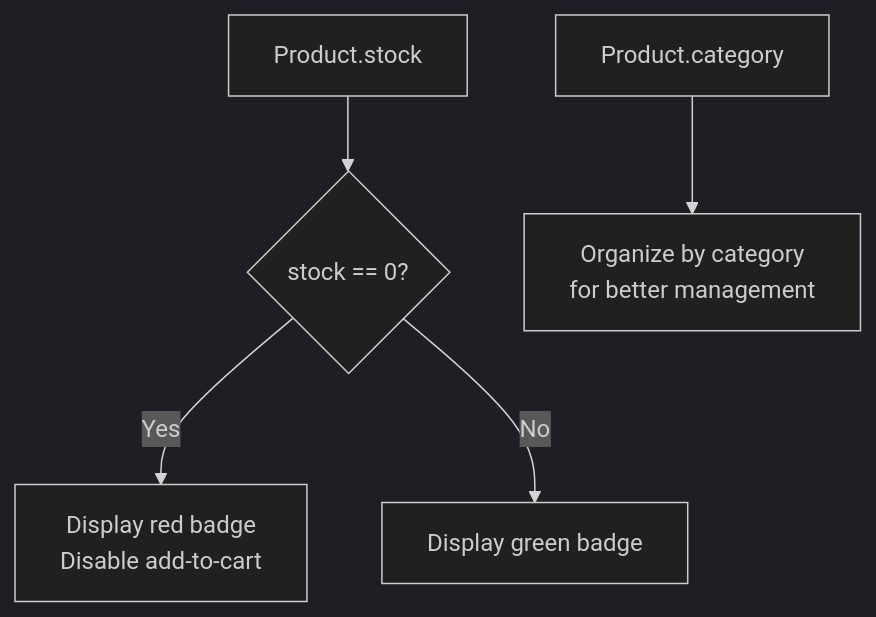
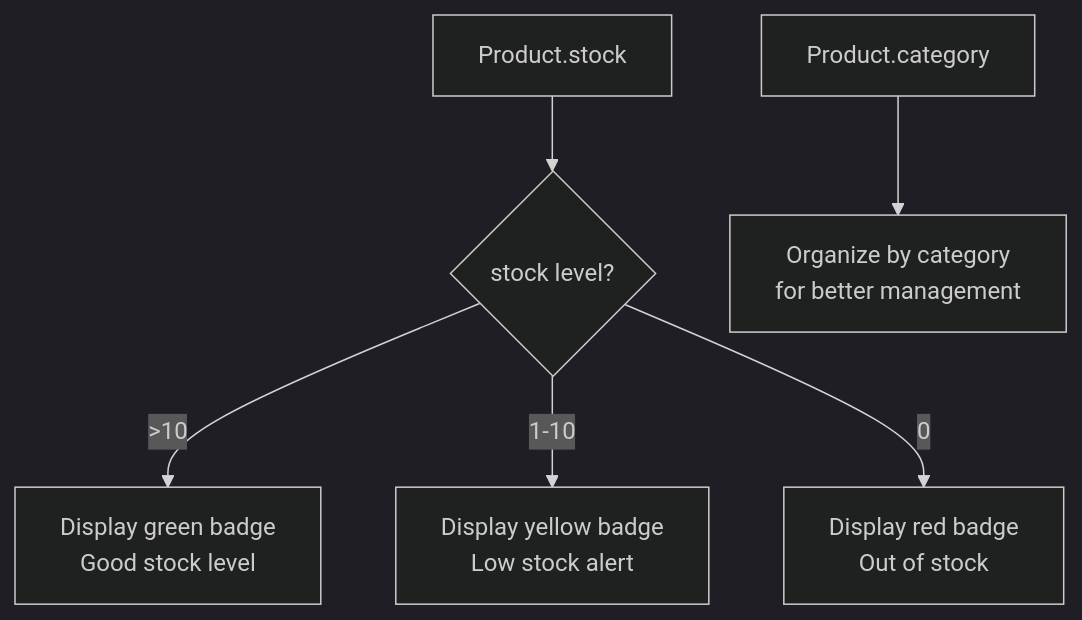
Diagram 14 of 15 in .qoder/repowiki/en/content/Admin Dashboard/Product Administration/Product Administration.md (Pavan-PSPK9032/TrendsandToss), drawn with Mermaid (dark theme) before and after one commit. The commit also changed other lines of this file and 24 other files, not shown here.

````diff
--- a/.qoder/repowiki/en/content/Admin Dashboard/Product Administration/Product Administration.md
+++ b/.qoder/repowiki/en/content/Admin Dashboard/Product Administration/Product Administration.md
@@ -503,7 +560,8 @@
 ```mermaid
 flowchart TD
-Stock["Product.stock"] --> Zero{"stock == 0?"}
-Zero --> |Yes| Red["Display red badge<br/>Disable add-to-cart"]
-Zero --> |No| Green["Display green badge"]
+Stock["Product.stock"] --> Check{"stock level?"}
+Check --> |>10| Green["Display green badge<br/>Good stock level"]
+Check --> |1-10| Yellow["Display yellow badge<br/>Low stock alert"]
+Check --> |0| Red["Display red badge<br/>Out of stock"]
 Category["Product.category"] --> Organize["Organize by category<br/>for better management"]
 ```
````
